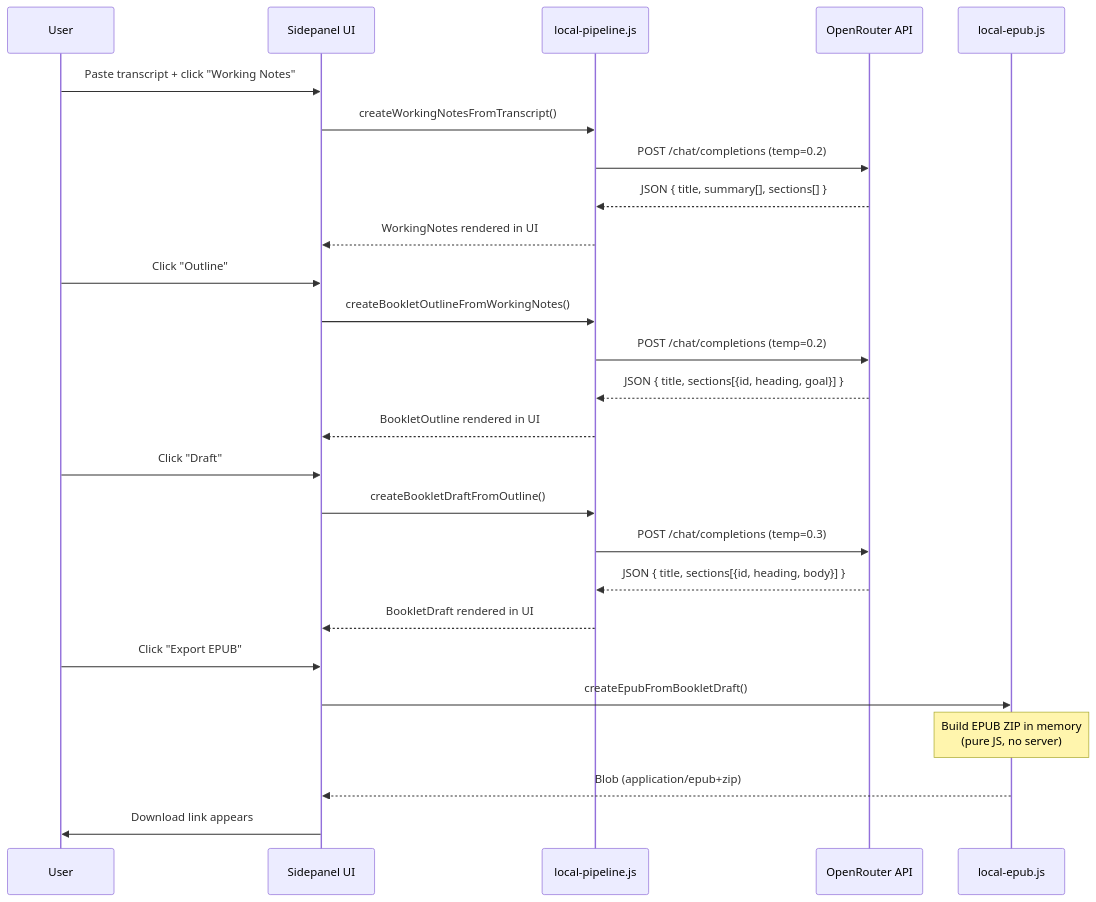
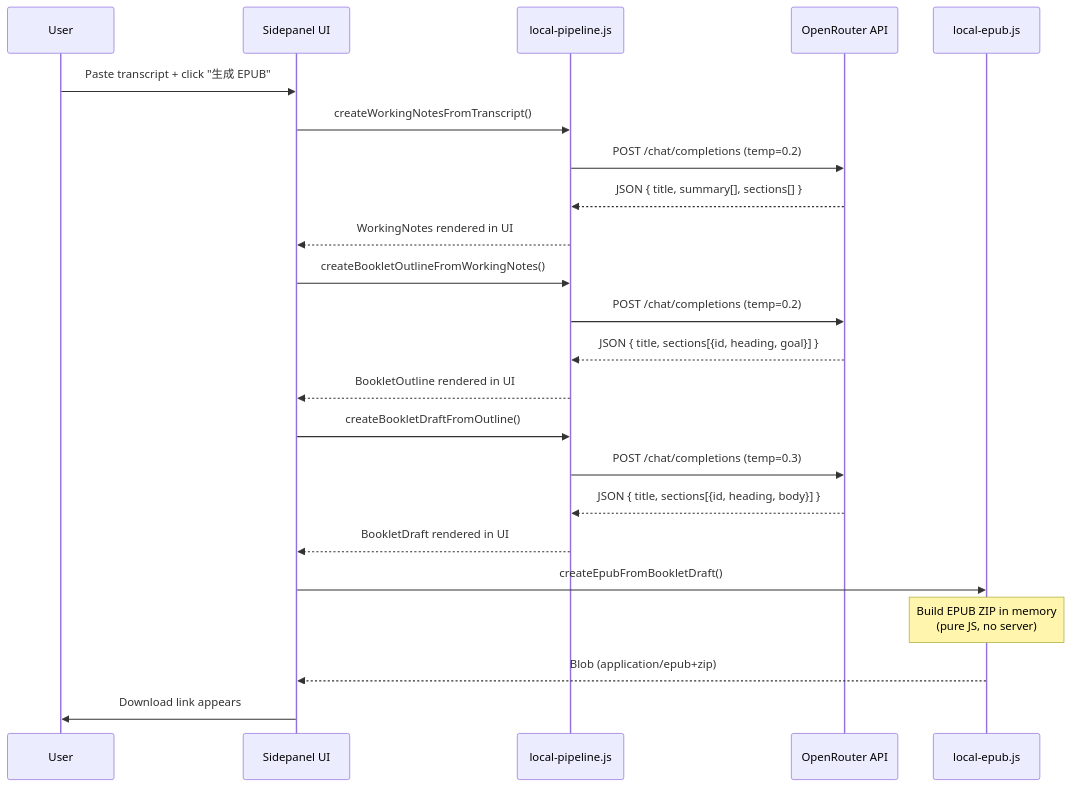
The second of 6 diagrams in README.md (CeciliaHahan/podcast_to_ebook), drawn with Mermaid before and after one commit. The commit also changed other lines of this file and 31 other files, not shown here.

````diff
--- a/README.md
+++ b/README.md
@@ -26,32 +26,29 @@
 ```mermaid
 sequenceDiagram
   participant U as User
   participant SP as Sidepanel UI
   participant LP as local-pipeline.js
   participant LLM as OpenRouter API
   participant EB as local-epub.js
 
-  U->>SP: Paste transcript + click "Working Notes"
+  U->>SP: Paste transcript + click "生成 EPUB"
   SP->>LP: createWorkingNotesFromTranscript()
   LP->>LLM: POST /chat/completions (temp=0.2)
   LLM-->>LP: JSON { title, summary[], sections[] }
   LP-->>SP: WorkingNotes rendered in UI
 
-  U->>SP: Click "Outline"
   SP->>LP: createBookletOutlineFromWorkingNotes()
   LP->>LLM: POST /chat/completions (temp=0.2)
   LLM-->>LP: JSON { title, sections[{id, heading, goal}] }
   LP-->>SP: BookletOutline rendered in UI
 
-  U->>SP: Click "Draft"
   SP->>LP: createBookletDraftFromOutline()
   LP->>LLM: POST /chat/completions (temp=0.3)
   LLM-->>LP: JSON { title, sections[{id, heading, body}] }
   LP-->>SP: BookletDraft rendered in UI
 
-  U->>SP: Click "Export EPUB"
   SP->>EB: createEpubFromBookletDraft()
   Note over EB: Build EPUB ZIP in memory<br/>(pure JS, no server)
   EB-->>SP: Blob (application/epub+zip)
   SP->>U: Download link appears
 ```
````
